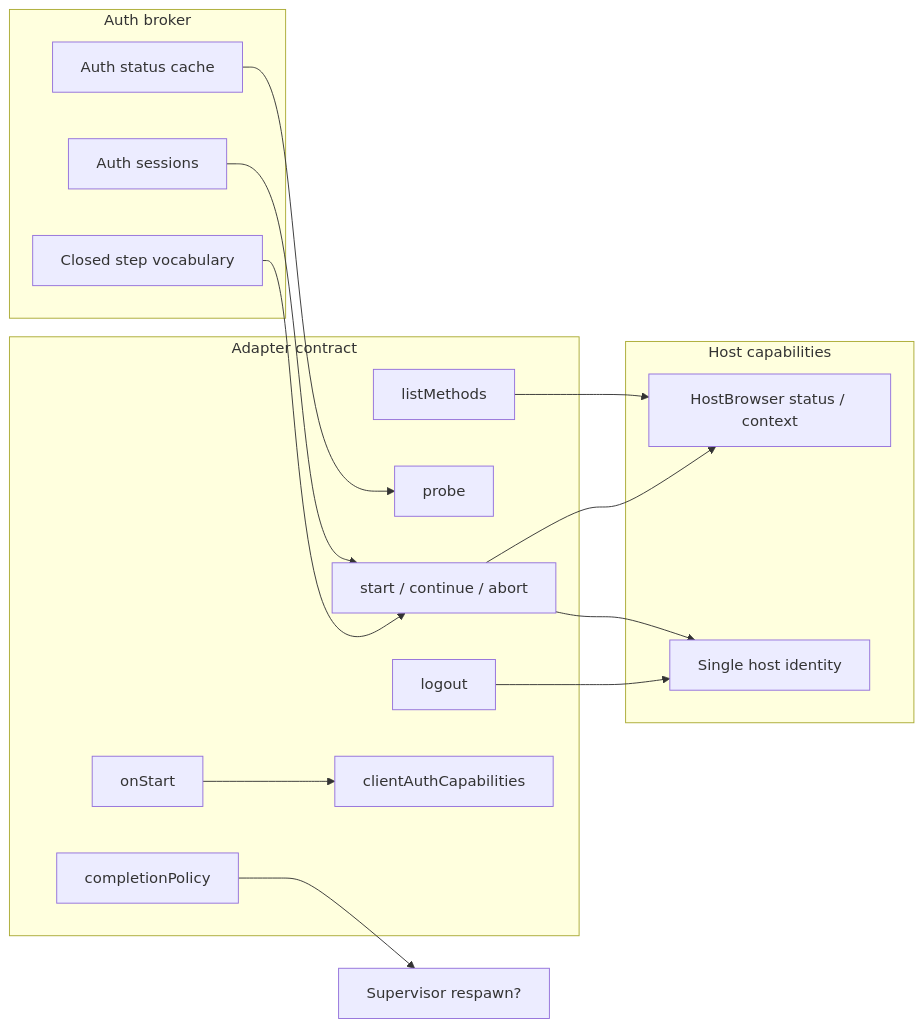
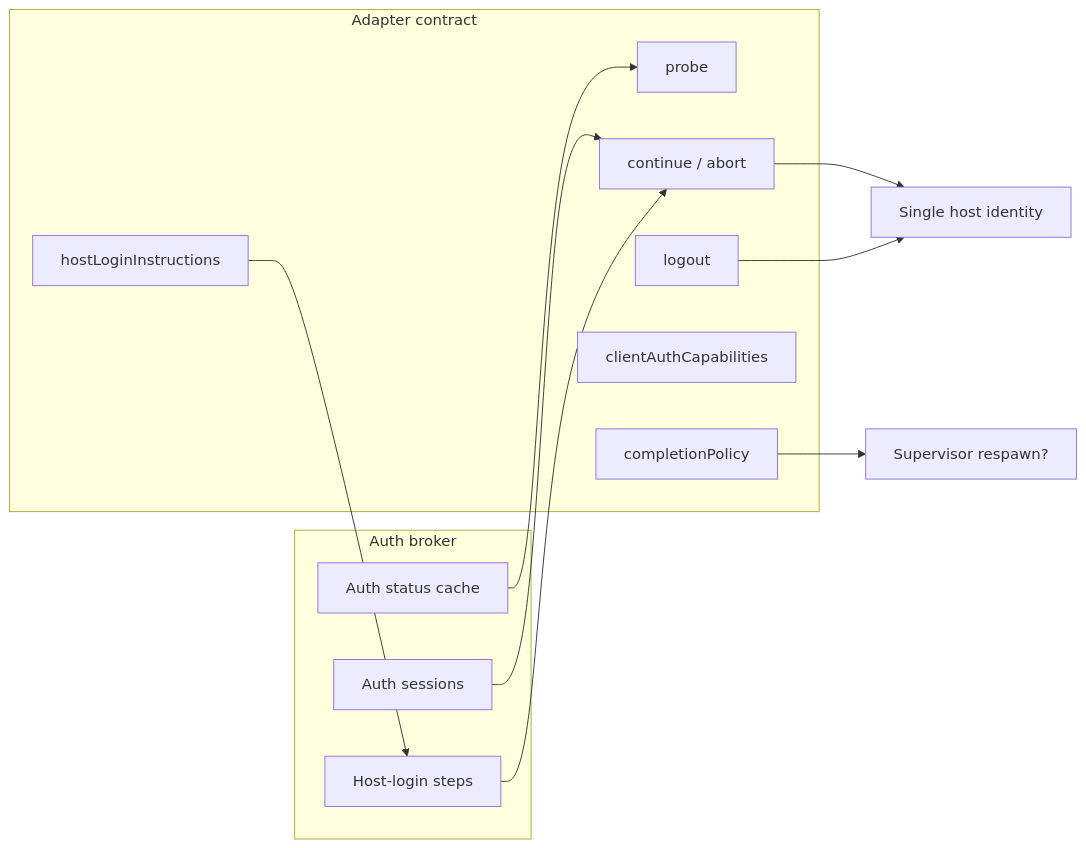
Before and after one commit to codenamegary/harold: the second of 7 diagrams in docs/adr/0004-agent-auth-broker.md, drawn with Mermaid. The commit also changed other lines of this file and 1 other file, not shown here.

````diff
--- a/docs/adr/0004-agent-auth-broker.md
+++ b/docs/adr/0004-agent-auth-broker.md
@@ -99,33 +116,25 @@
 ```mermaid
 flowchart LR
   subgraph brokerBox [Auth broker]
     Sessions[Auth sessions]
-    Steps[Closed step vocabulary]
+    Steps[Host-login steps]
     Status[Auth status cache]
   end
 
   subgraph adapterBox [Adapter contract]
-    ListMethods[listMethods]
-    OnStart[onStart]
+    Instructions[hostLoginInstructions]
     Probe[probe]
-    StartContinue[start / continue / abort]
+    Continue[continue / abort]
     Logout[logout]
     Caps[clientAuthCapabilities]
     Complete[completionPolicy]
   end
 
-  subgraph hostBox [Host capabilities]
-    HB2[HostBrowser status / context]
-    HostId[Single host identity]
-  end
-
-  Sessions --> StartContinue
-  Steps --> StartContinue
+  Sessions --> Continue
+  Steps --> Continue
   Status --> Probe
-  ListMethods --> HB2
-  StartContinue --> HB2
-  StartContinue --> HostId
+  Instructions --> Steps
+  Continue --> HostId[Single host identity]
   Logout --> HostId
-  OnStart --> Caps
   Complete --> Super2[Supervisor respawn?]
 ```
````
